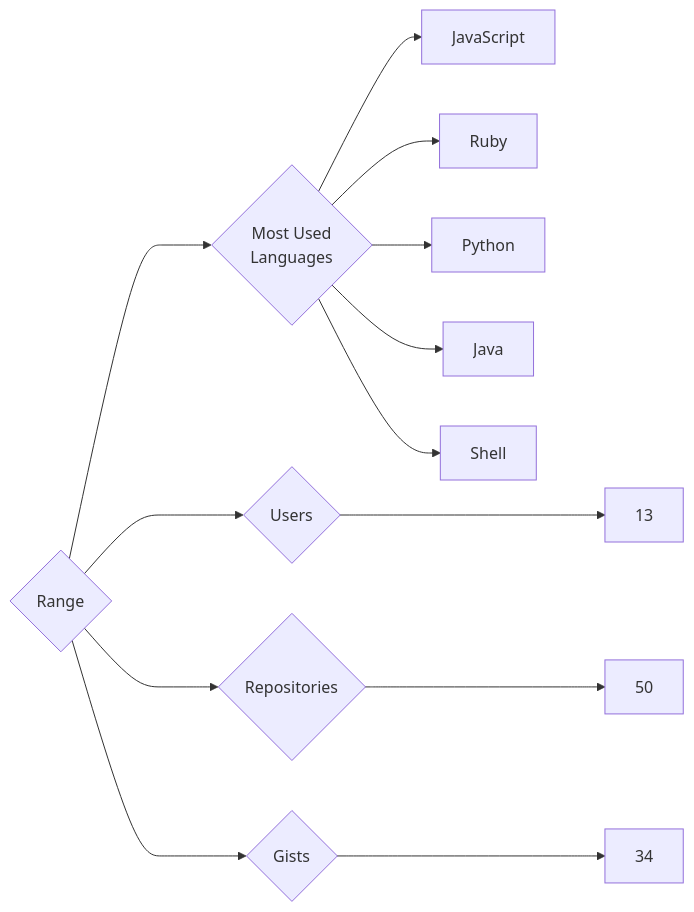
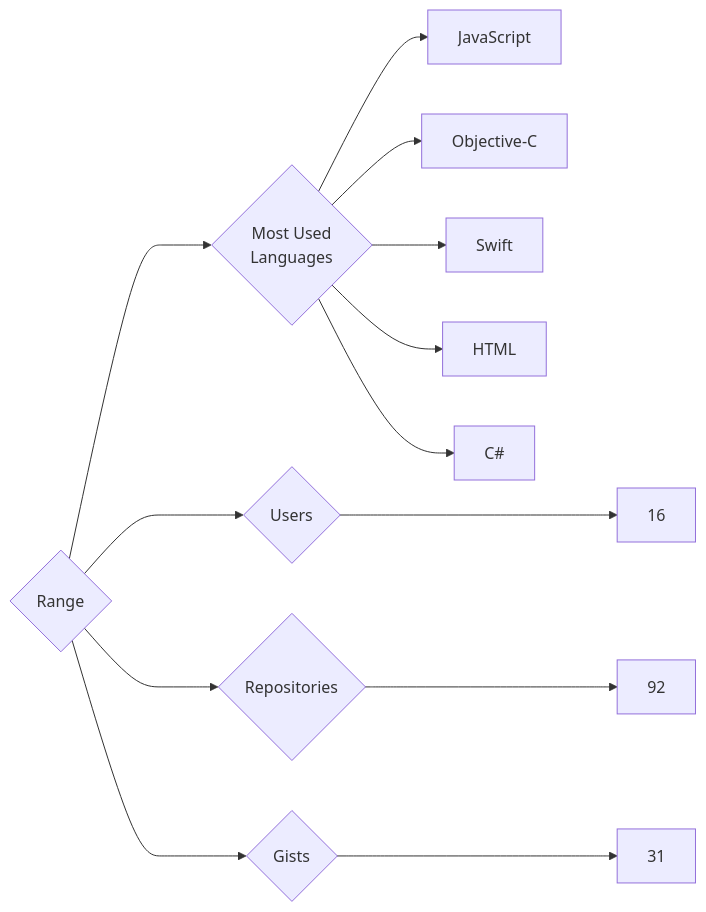
The diagram in targets/Range/README.md (trickest/insiders), drawn with Mermaid before and after one commit. The commit also changed 940 other files, not shown here.

````diff
--- a/targets/Range/README.md
+++ b/targets/Range/README.md
@@ -3,13 +3,13 @@
 ```mermaid
 graph LR
 COMPANY_NAME{Range}
-COMPANY_NAME ---> U{Users} ---> UN[13]
-COMPANY_NAME ---> R{Repositories} ---> RN[50]
-COMPANY_NAME ---> G{Gists} ---> GN[34]
+COMPANY_NAME ---> U{Users} ---> UN[16]
+COMPANY_NAME ---> R{Repositories} ---> RN[92]
+COMPANY_NAME ---> G{Gists} ---> GN[31]
 COMPANY_NAME ---> ML{Most Used<br>Languages}
 ML --> JavaScript[JavaScript]
-ML --> Ruby[Ruby]
-ML --> Python[Python]
-ML --> Java[Java]
-ML --> Shell[Shell]
+ML --> Objective-C[Objective-C]
+ML --> Swift[Swift]
+ML --> HTML[HTML]
+ML --> C#[C#]
 ```
````
